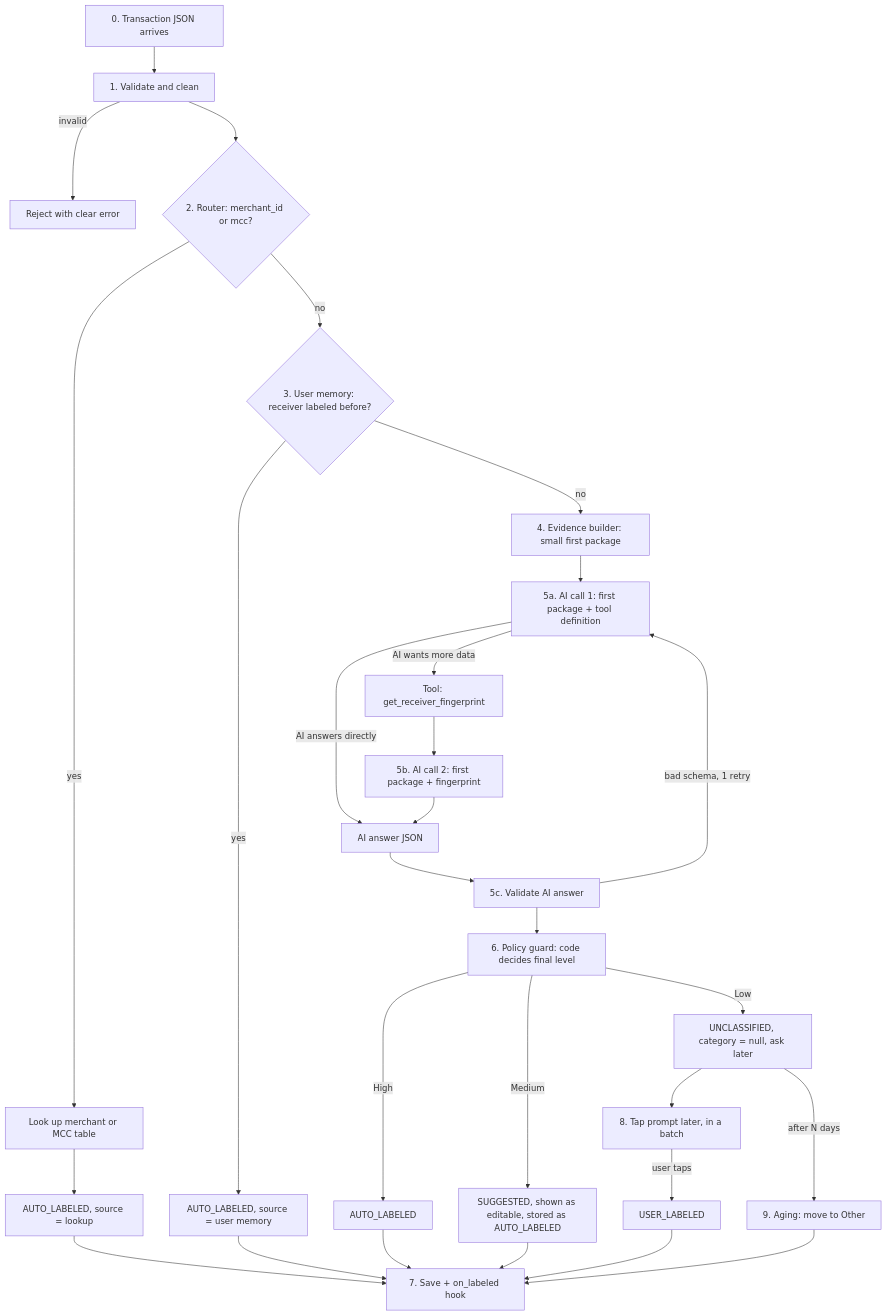
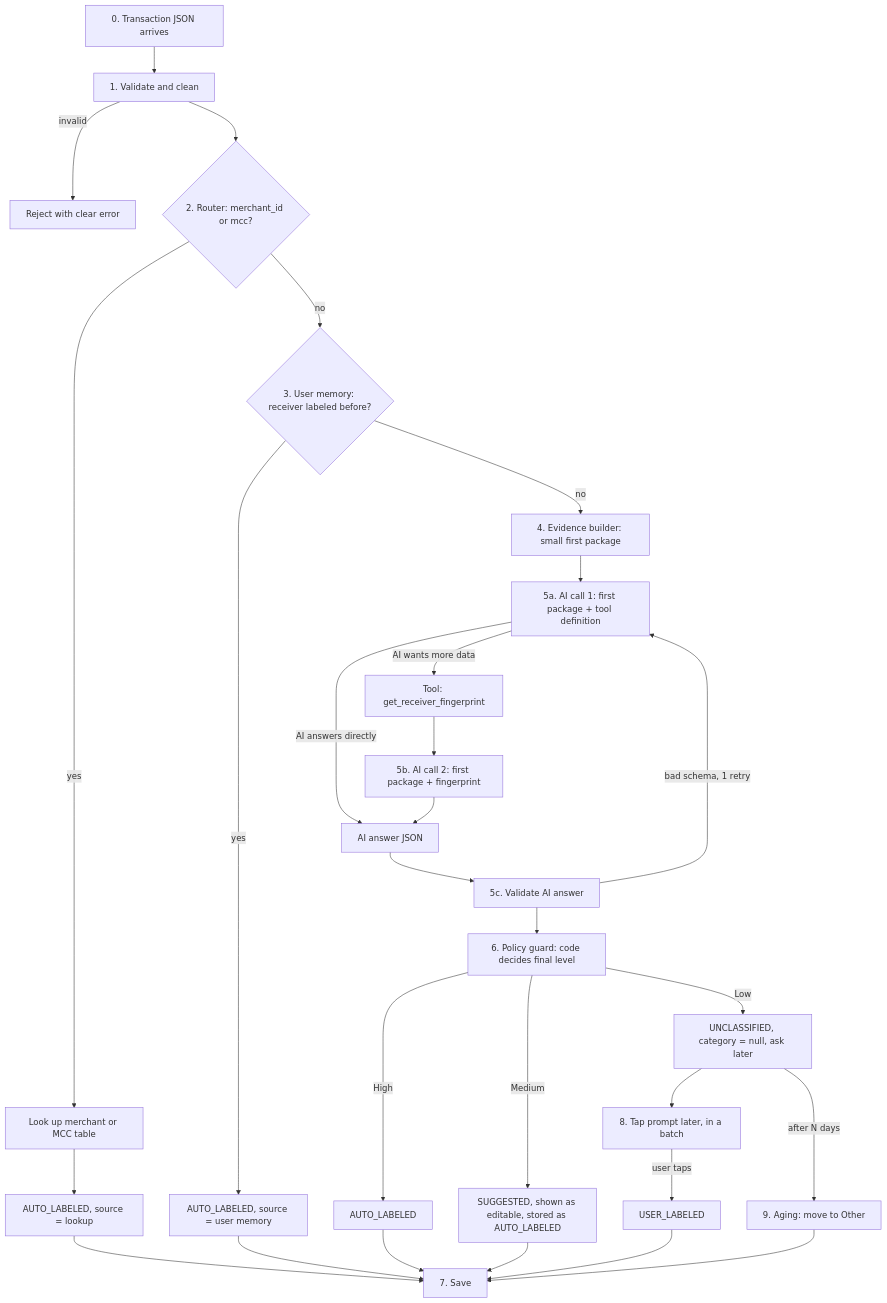
One commit to Aqikop/Spending-AI-Assistant changed the first of 2 diagrams in docs/Workflow_draft.md. Above: the diagram before and after it, drawn with Mermaid. The commit also changed other lines of this file, not shown here.

Commit message:
update: skip on_labeled hook to match the workload plan

````diff
--- a/docs/Workflow_draft.md
+++ b/docs/Workflow_draft.md
@@ -54,31 +54,31 @@
 ```mermaid
 flowchart TD
     A[0. Transaction JSON arrives] --> B[1. Validate and clean]
     B -->|invalid| X1[Reject with clear error]
     B --> C{2. Router: merchant_id or mcc?}
     C -->|yes| L1[Look up merchant or MCC table]
     L1 --> Z[AUTO_LABELED, source = lookup]
     C -->|no| D{3. User memory: receiver labeled before?}
     D -->|yes| Z2[AUTO_LABELED, source = user memory]
     D -->|no| E[4. Evidence builder: small first package]
     E --> F[5a. AI call 1: first package + tool definition]
     F -->|AI wants more data| G[Tool: get_receiver_fingerprint]
     G --> H[5b. AI call 2: first package + fingerprint]
     F -->|AI answers directly| I[AI answer JSON]
     H --> I
     I --> J[5c. Validate AI answer]
     J -->|bad schema, 1 retry| F
     J --> K[6. Policy guard: code decides final level]
     K -->|High| Z3[AUTO_LABELED]
     K -->|Medium| S[SUGGESTED, shown as editable, stored as AUTO_LABELED]
     K -->|Low| U[UNCLASSIFIED, category = null, ask later]
-    Z --> M[7. Save + on_labeled hook]
+    Z --> M[7. Save]
     Z2 --> M
     Z3 --> M
     S --> M
     U --> T[8. Tap prompt later, in a batch]
     T -->|user taps| UL[USER_LABELED]
     UL --> M
     U -->|after N days| O[9. Aging: move to Other]
     O --> M
 ```
````
